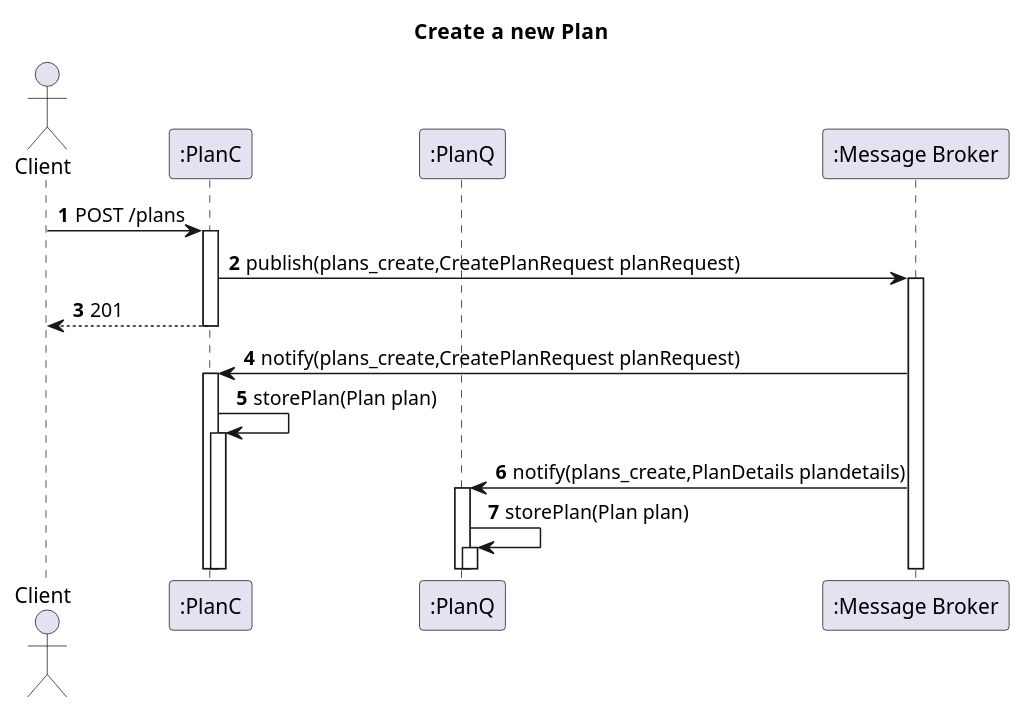
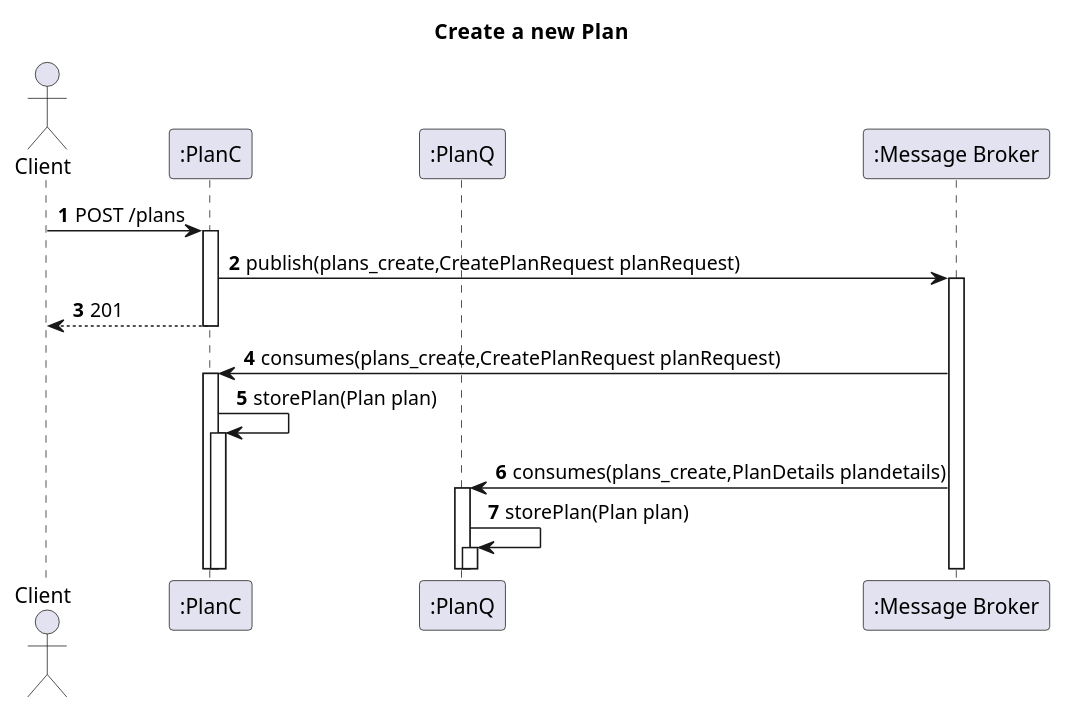
The diagram in docs_sidis/Segunda_Avalição/Plans/Vista_Logica/N2/N2_Create_Plan.puml (IsepMartimOliveira/SIDIS), drawn with PlantUML before and after one commit. The commit also changed 23 other files, not shown here.

Commit message:
cook some plan details

```diff
--- a/docs_sidis/Segunda_Avalição/Plans/Vista_Logica/N2/N2_Create_Plan.puml
+++ b/docs_sidis/Segunda_Avalição/Plans/Vista_Logica/N2/N2_Create_Plan.puml
@@ -1,38 +1,38 @@
 @startuml
 'https://plantuml.com/sequence-diagram
 autoactivate on
 autonumber
 title  Create  a new Plan
 
 autonumber
 
 actor "Client" as Ac
 participant ":PlanC" as Auth
 participant ":PlanQ" as Serv
 
 participant ":Message Broker" as Broker
 
 
 Ac->Auth:POST /plans
 Auth->Broker: publish(plans_create,CreatePlanRequest planRequest)
 
 Auth-->Ac:201
-Broker->Auth:notify(plans_create,CreatePlanRequest planRequest)
+Broker->Auth:consumes(plans_create,CreatePlanRequest planRequest)
 Auth->Auth:storePlan(Plan plan)
 
-Broker->Serv:notify(plans_create,PlanDetails plandetails)
+Broker->Serv:consumes(plans_create,PlanDetails plandetails)
 
 
 Serv->Serv:storePlan(Plan plan)
 
 
 
 
 
 
 
 
 
 
 
 @enduml
```
